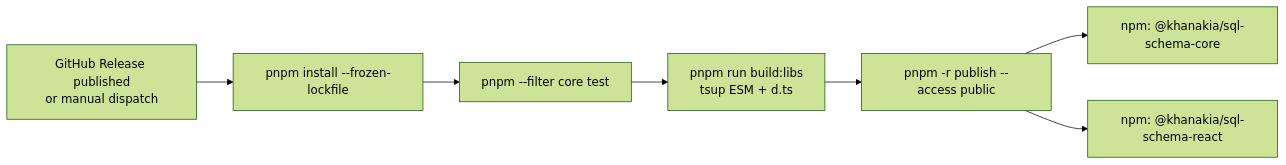
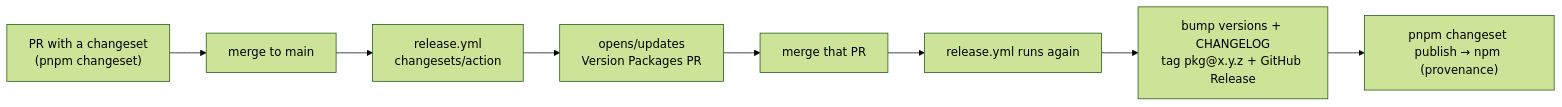
Before and after one commit to khanakia/sql-schema-visualizer: the diagram in docs/PUBLISHING.md, drawn with Mermaid (forest theme). The commit also changed other lines of this file and 8 other files, not shown here.

First line of the commit message:
Adopt Changesets release flow (vercel/ai-style) + bump all GH Actions

````diff
--- a/docs/PUBLISHING.md
+++ b/docs/PUBLISHING.md
@@ -38,9 +9,10 @@
 ```mermaid
 flowchart LR
-  R["GitHub Release published<br/>or manual dispatch"] --> I["pnpm install --frozen-lockfile"]
-  I --> T["pnpm --filter core test"]
-  T --> B["pnpm run build:libs<br/>tsup ESM + d.ts"]
-  B --> P["pnpm -r publish --access public"]
-  P --> N1["npm: @khanakia/sql-schema-core"]
-  P --> N2["npm: @khanakia/sql-schema-react"]
+  PR["PR with a changeset<br/>(pnpm changeset)"] --> M["merge to main"]
+  M --> A["release.yml<br/>changesets/action"]
+  A --> VP["opens/updates<br/>Version Packages PR"]
+  VP --> MV["merge that PR"]
+  MV --> A2["release.yml runs again"]
+  A2 --> T["bump versions + CHANGELOG<br/>tag pkg@x.y.z + GitHub Release"]
+  T --> NP["pnpm changeset publish → npm (provenance)"]
 ```
````
